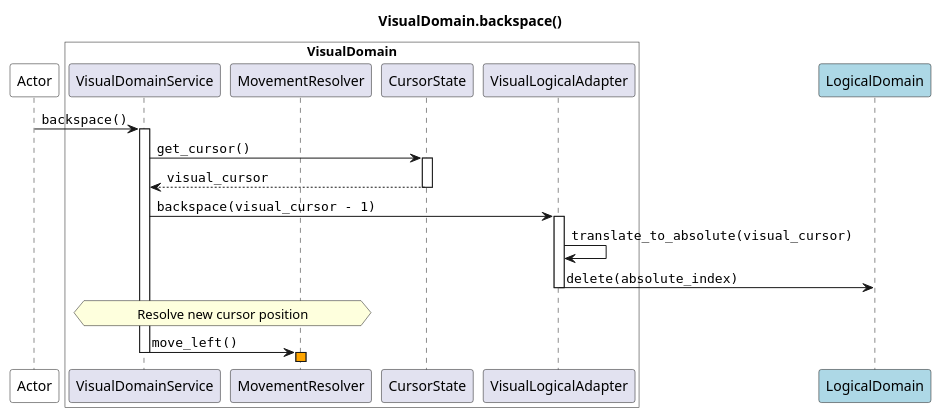
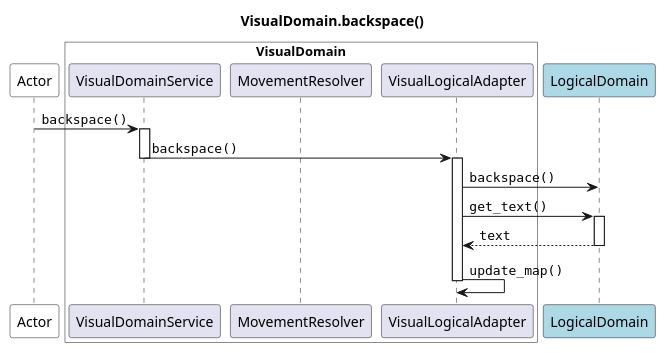
The diagram in docs/source/specs/architecture/diagrams/sequence/seq_backspace_visual.puml (JoeRittiner/TextEngine), drawn with PlantUML before and after one commit. The commit also changed 1 other file, not shown here.

Commit message:
doc: Update Backspace Diagrams

```diff
--- a/docs/source/specs/architecture/diagrams/sequence/seq_backspace_visual.puml
+++ b/docs/source/specs/architecture/diagrams/sequence/seq_backspace_visual.puml
@@ -1,32 +1,27 @@
 @startuml
 
 title VisualDomain.backspace()
 
 participant Actor as app #white
 box "VisualDomain" #white
     participant VisualDomainService as VS
     participant MovementResolver as MR
-    participant CursorState as CS
     participant VisualLogicalAdapter as VA
 end box
 participant LogicalDomain as LD #lightblue
 
 app -> VS : ""backspace()""
 activate VS
-    VS -> CS : ""get_cursor()""
-    activate CS
-    return ""visual_cursor""
+    VS -> VA : ""backspace()""
+    deactivate VS
 
-    VS -> VA : ""backspace(visual_cursor - 1)""
-    activate VA
-        VA -> VA : ""translate_to_absolute(visual_cursor)""
-        VA -> LD : ""delete(absolute_index)""
+activate VA
+    VA -> LD : ""backspace()""
+    VA -> LD : ""get_text()""
+    activate LD
+        return ""text""
+
+    VA -> VA : ""update_map()""
     deactivate VA
-        hnote over VS, MR : Resolve new cursor position
-    VS -> MR : ""move_left()""
-deactivate VS
-
-activate MR #orange
-    deactivate MR
 
 @enduml
```
